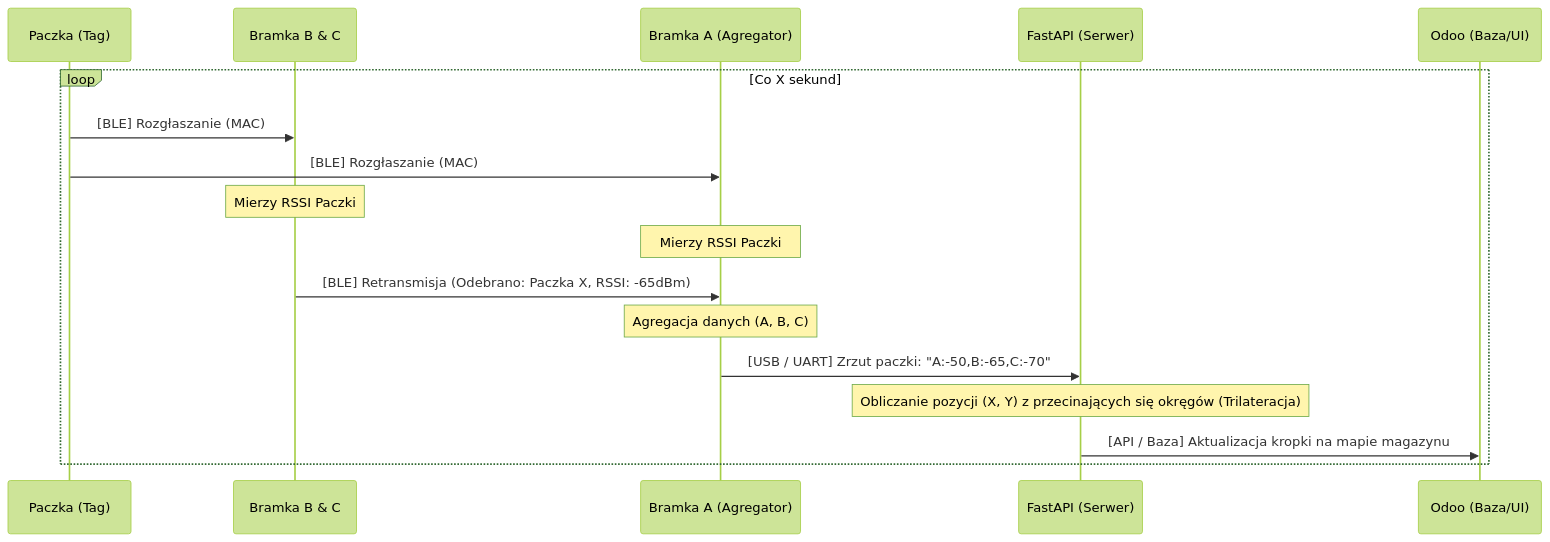
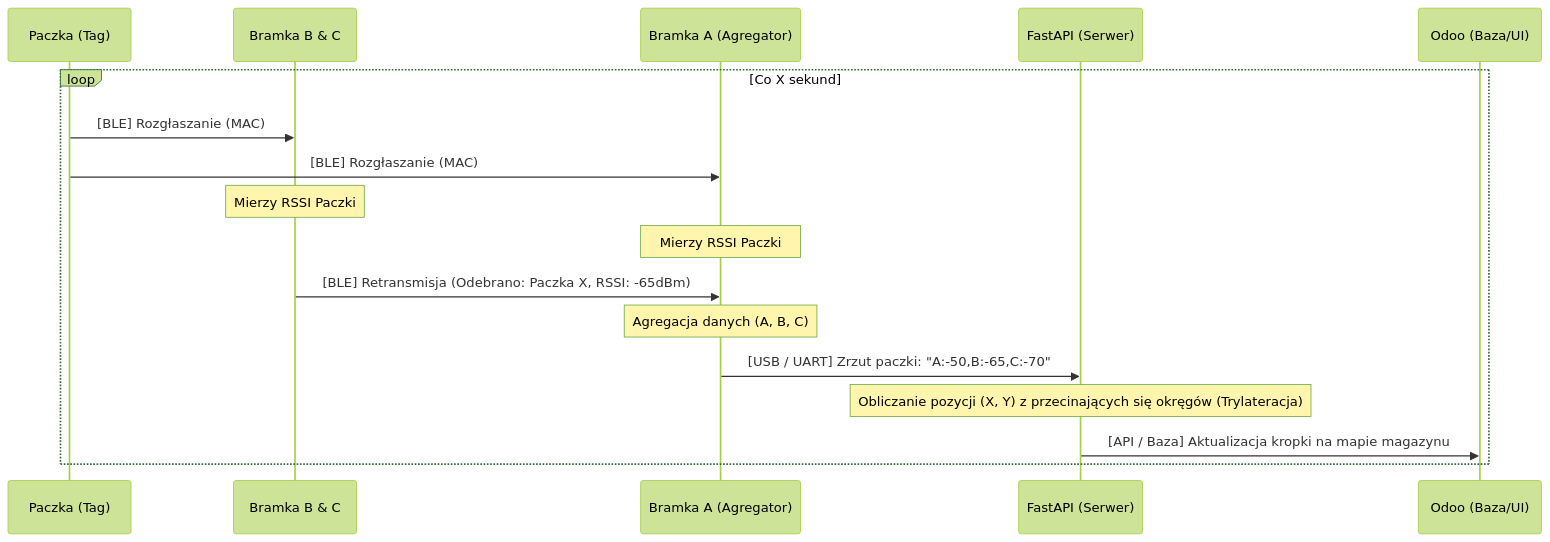
The first of 2 diagrams in README.md (k-surma/Smart-lokalizator-paczek), drawn with Mermaid (forest theme) before and after one commit. The commit also changed other lines of this file, not shown here.

````diff
--- a/README.md
+++ b/README.md
@@ -46,20 +62,20 @@
 ```mermaid
 sequenceDiagram
     participant P as Paczka (Tag)
     participant B as Bramka B & C
     participant A as Bramka A (Agregator)
     participant API as FastAPI (Serwer)
     participant O as Odoo (Baza/UI)
 
     loop Co X sekund
         P->>B: [BLE] Rozgłaszanie (MAC)
         P->>A: [BLE] Rozgłaszanie (MAC)
         Note over B: Mierzy RSSI Paczki
         Note over A: Mierzy RSSI Paczki
         B->>A: [BLE] Retransmisja (Odebrano: Paczka X, RSSI: -65dBm)
         Note over A: Agregacja danych (A, B, C)
         A->>API: [USB / UART] Zrzut paczki: "A:-50,B:-65,C:-70"
-        Note over API: Obliczanie pozycji (X, Y) z przecinających się okręgów (Trilateracja)
+        Note over API: Obliczanie pozycji (X, Y) z przecinających się okręgów (Trylateracja)
         API->>O: [API / Baza] Aktualizacja kropki na mapie magazynu
     end
 ```
````
